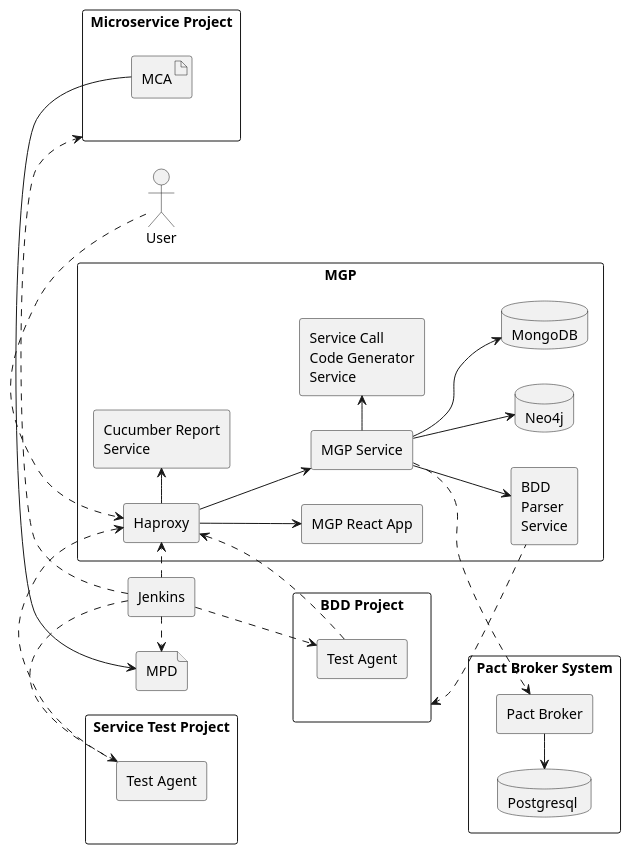
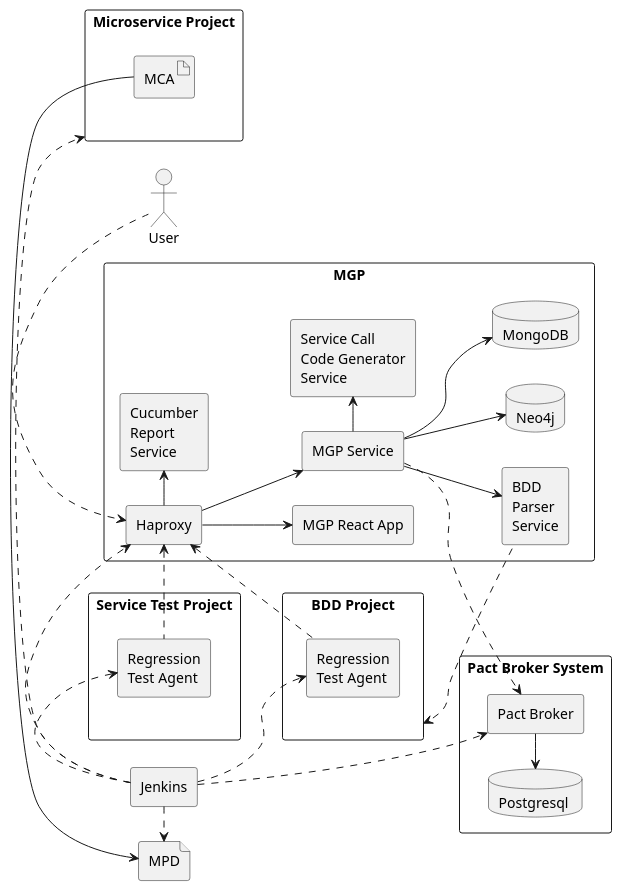
The diagram in diagram/deployment.puml (b4456609/mgp-back), drawn with PlantUML before and after one commit. The commit also changed 5 other files, not shown here.

```diff
--- a/diagram/deployment.puml
+++ b/diagram/deployment.puml
@@ -1,53 +1,54 @@
 @startuml
 'scale 2
 left to right direction
 Actor User as u
 rectangle Jenkins as j
 
 rectangle "Pact Broker System" {
     rectangle "Pact Broker" as pb
     database "Postgresql " as pg
     pb -l-> pg
 }
 rectangle "Microservice Project" as mp {
     artifact MCA as mca
 }
 rectangle "BDD Project" as bddp {
-    rectangle "Test Agent" as bta
+    rectangle "Regression\nTest Agent" as bta
 }
 rectangle "Service Test Project" as stp {
-    rectangle "Test Agent" as sta
+    rectangle "Regression\nTest Agent" as sta
 }
 file MPD as mpd
 rectangle "MGP"{
     rectangle Haproxy as ha
     rectangle "MGP React App" as ra
     rectangle "Service Call\nCode Generator\nService" as cg
     rectangle "BDD\nParser\nService" as bp
-    rectangle "Cucumber Report\nService" as cr
+    rectangle "Cucumber\nReport\nService" as cr
     rectangle "MGP Service" as ab
     database "Neo4j" as n
     database "MongoDB" as m
     ha -d-> ra
     ha -> cr
     ha -d-> ab
     ab -d-> n
     ab -d-> m
     ab -> cg
     ab -d-> bp
 }
+j .> pb
 j .> sta
 j .> bta
 ha <. sta
 ha <. bta
 bp .u.> bddp
 u .> ha
 j .> ha
 ab .d.> pb
 j .> mp
 mca -> mpd
 j .> mpd
 
-stp -[hidden]-> pb
-bddp -[hidden]-> pb
+stp -[hidden]d-> bddp
+'bddp -[hidden]-> pb
 @enduml
```
